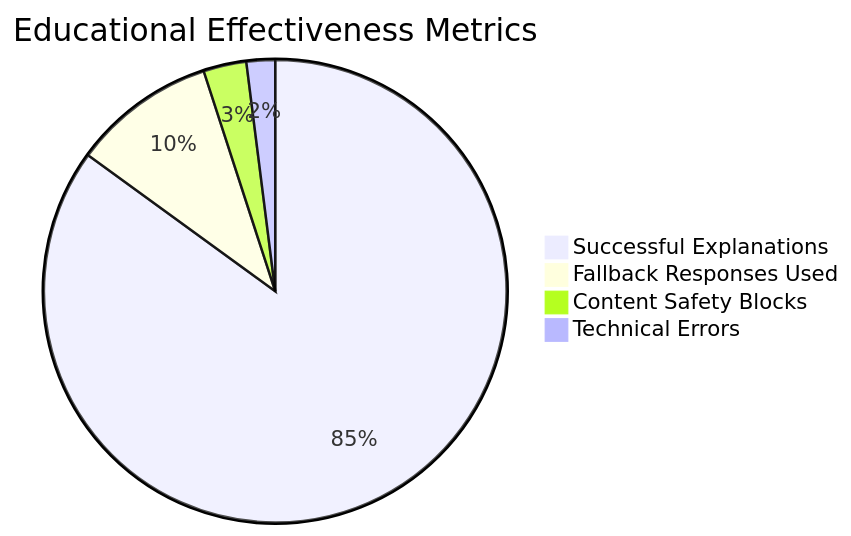
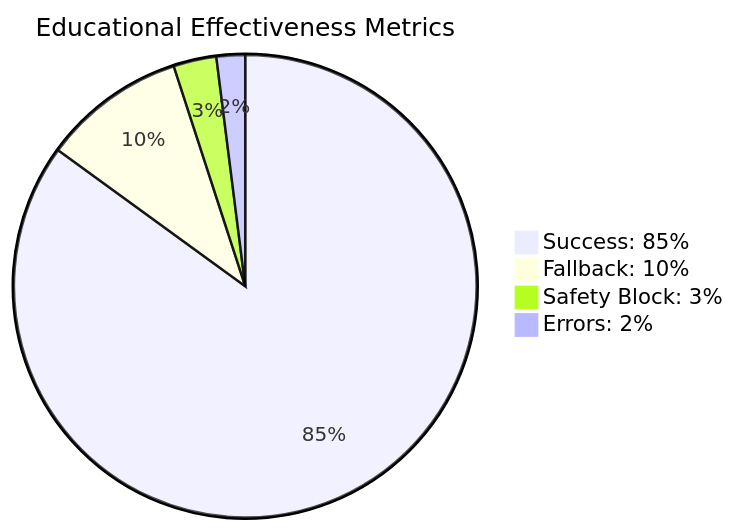
The ninth of 15 diagrams in docs/_posts/2025-08-07-educational-ai-code-explainer-complete-guide.md (victorsaly/WorldLeadersGame), drawn with Mermaid before and after one commit. The commit also changed 7 other files, not shown here.

Commit message:
🎨 Update Mermaid Diagrams for Enhanced Clarity and Readability

````diff
--- a/docs/_posts/2025-08-07-educational-ai-code-explainer-complete-guide.md
+++ b/docs/_posts/2025-08-07-educational-ai-code-explainer-complete-guide.md
@@ -331,7 +331,8 @@
 ```mermaid
+%%{init: {'pie': {'textPosition': 0.75}, 'themeVariables': {'pieOuterStrokeWidth': '2px', 'pieSectionTextSize': '16px', 'pieTitleTextSize': '20px'}}}%%
 pie title Educational Effectiveness Metrics
-    "Successful Explanations" : 85
-    "Fallback Responses Used" : 10
-    "Content Safety Blocks" : 3
-    "Technical Errors" : 2
+    "Success: 85%" : 85
+    "Fallback: 10%" : 10
+    "Safety Block: 3%" : 3
+    "Errors: 2%" : 2
 ```
````
